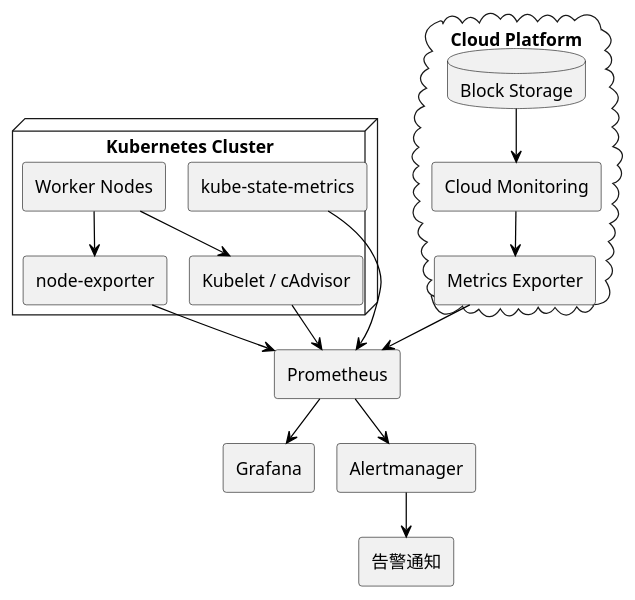
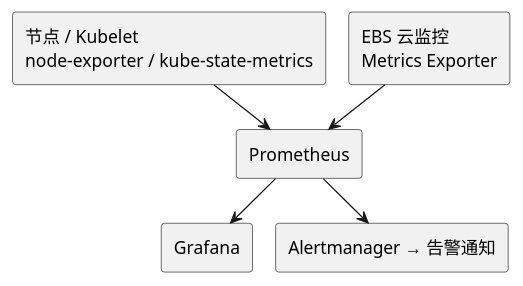
The second of 2 diagrams in src/content/posts/kubernetes-batch-deployment-node-notready-ebs-io.md (i-zrhe2016/blog.zrhe2016.cc), drawn with PlantUML before and after one commit. The commit also changed other lines of this file and 2 other files, not shown here.

Commit message:
content: revise Kubernetes incident review and shorten diagrams

````diff
--- a/src/content/posts/kubernetes-batch-deployment-node-notready-ebs-io.md
+++ b/src/content/posts/kubernetes-batch-deployment-node-notready-ebs-io.md
@@ -467,35 +314,17 @@
-```plantuml Kubernetes 节点与云存储指标汇聚至 Prometheus 的监控架构
+```plantuml 节点和云存储监控架构概览
 @startuml
 !pragma layout smetana
 skinparam backgroundColor white
 skinparam shadowing false
 skinparam defaultFontName "Microsoft YaHei"
-skinparam ArrowColor black
-node "Kubernetes Cluster" {
-  rectangle "Worker Nodes" as Nodes
-  rectangle "node-exporter" as NE
-  rectangle "kube-state-metrics" as KSM
-  rectangle "Kubelet / cAdvisor" as K
-}
-cloud "Cloud Platform" {
-  database "Block Storage" as EBS
-  rectangle "Cloud Monitoring" as CM
-  rectangle "Metrics Exporter" as ME
-}
+rectangle "节点 / Kubelet\nnode-exporter / kube-state-metrics" as N
+rectangle "EBS 云监控\nMetrics Exporter" as E
 rectangle "Prometheus" as P
 rectangle "Grafana" as G
-rectangle "Alertmanager" as AM
-rectangle "告警通知" as N
-Nodes --> NE
-Nodes --> K
-EBS --> CM
-CM --> ME
-NE --> P
-KSM --> P
-K --> P
-ME --> P
+rectangle "Alertmanager → 告警通知" as A
+N --> P
+E --> P
 P --> G
-P --> AM
-AM --> N
+P --> A
 @enduml
 ```
````
